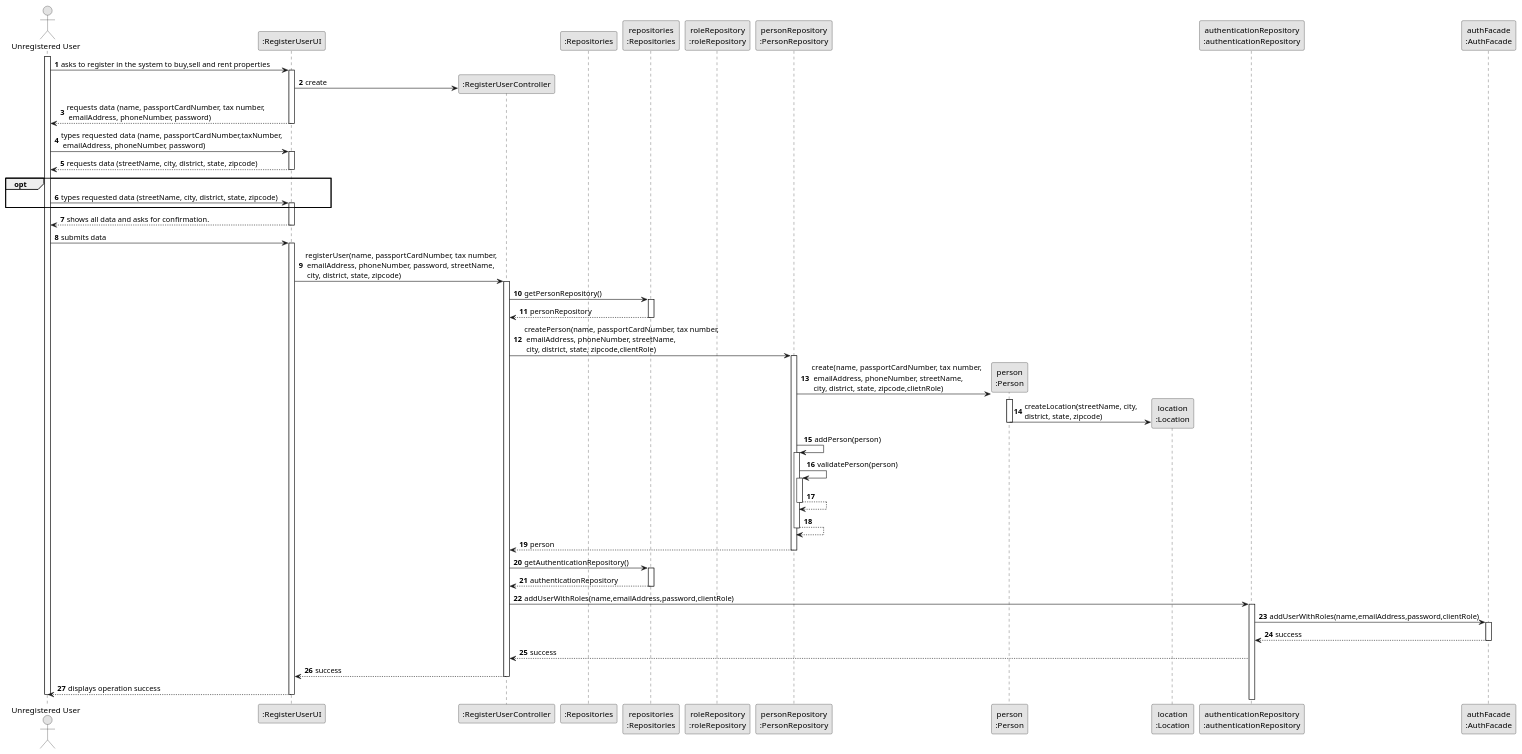
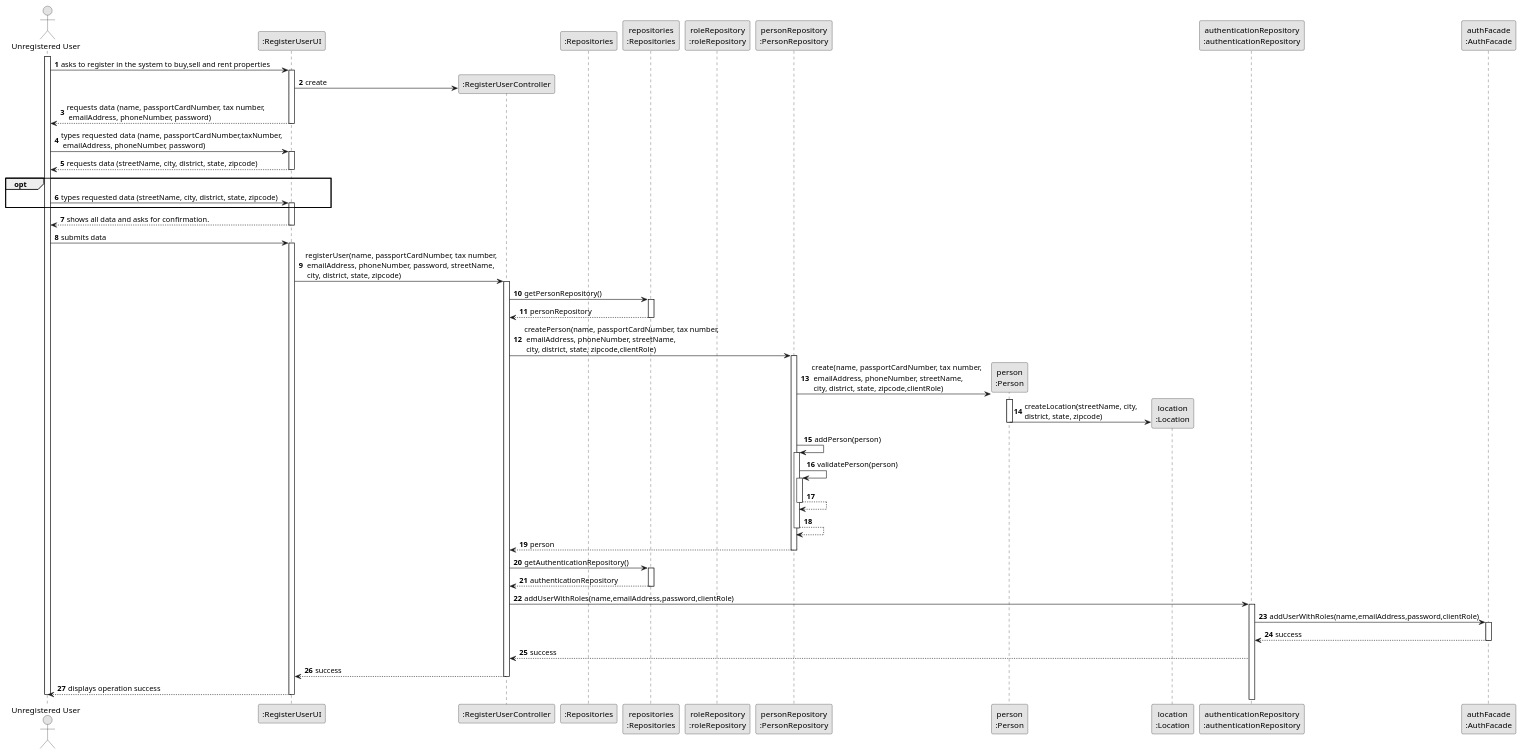
Before and after one commit to rita-barbosa/LAPR2-2223: the diagram in docs/sprintB/us007/03.design/puml/us007-sequence-diagram-split.puml, drawn with PlantUML. The commit also changed 1 other file, not shown here.

Commit message:
Class Diagram and SD update, no svg [US007] [Design]

```diff
--- a/docs/sprintB/us007/03.design/puml/us007-sequence-diagram-split.puml
+++ b/docs/sprintB/us007/03.design/puml/us007-sequence-diagram-split.puml
@@ -1,110 +1,110 @@
 @startuml
 skinparam monochrome true
 skinparam packageStyle rectangle
 skinparam shadowing false
 
 autonumber
 
 'hide footbox
 actor "Unregistered User" as ADM
 participant ":RegisterUserUI" as UI
 participant ":RegisterUserController" as CTRL
 participant ":Repositories" as RepositorySingleton
 participant "repositories\n:Repositories" as PLAT
 participant "roleRepository\n:roleRepository" as RoleRepository
 participant "personRepository\n:PersonRepository" as PERSONREP
 participant "person\n:Person" as PERSON
 participant "location\n:Location" as LOCATION
 participant "authenticationRepository\n:authenticationRepository" as AUTHREP
 participant "authFacade\n:AuthFacade"  as AUTHFACADE
 
 
 
 activate ADM
 
     ADM -> UI : asks to register in the system to buy,sell and rent properties
     activate UI
 
     UI -> CTRL**: create
 
     UI --> ADM : requests data (name, passportCardNumber, tax number,\n emailAddress, phoneNumber, password)
     deactivate UI
 
     ADM -> UI : types requested data (name, passportCardNumber,taxNumber,\n emailAddress, phoneNumber, password)
     activate UI
 
     UI --> ADM : requests data (streetName, city, district, state, zipcode)
     deactivate UI
 
     opt
     ADM -> UI : types requested data (streetName, city, district, state, zipcode)
     activate UI
     end opt
 
     UI --> ADM : shows all data and asks for confirmation.
     deactivate UI
 
     ADM -> UI : submits data
     activate UI
 
     UI -> CTRL : registerUser(name, passportCardNumber, tax number,\n emailAddress, phoneNumber, password, streetName,\n city, district, state, zipcode)
     activate CTRL
 
     CTRL -> PLAT : getPersonRepository()
     activate PLAT
 
     PLAT --> CTRL : personRepository
     deactivate PLAT
 
     CTRL -> PERSONREP : createPerson(name, passportCardNumber, tax number,\n emailAddress, phoneNumber, streetName,\n city, district, state, zipcode,clientRole)
    activate PERSONREP
 
-    PERSONREP -> PERSON** : create(name, passportCardNumber, tax number,\n emailAddress, phoneNumber, streetName,\n city, district, state, zipcode,clietnRole)
+    PERSONREP -> PERSON** : create(name, passportCardNumber, tax number,\n emailAddress, phoneNumber, streetName,\n city, district, state, zipcode,clientRole)
     activate PERSON
 
     PERSON -> LOCATION** : createLocation(streetName, city, \ndistrict, state, zipcode)
     deactivate PERSON
 
     PERSONREP -> PERSONREP: addPerson(person)
     activate PERSONREP
 
         PERSONREP -> PERSONREP: validatePerson(person)
         activate PERSONREP
 
         PERSONREP --> PERSONREP :
         deactivate PERSONREP
 
     PERSONREP --> PERSONREP :
     deactivate PERSONREP
 
     PERSONREP --> CTRL : person
     deactivate PERSONREP
 
     CTRL -> PLAT : getAuthenticationRepository()
     activate PLAT
 
     PLAT --> CTRL: authenticationRepository
     deactivate PLAT
 
     CTRL -> AUTHREP : addUserWithRoles(name,emailAddress,password,clientRole)
     activate AUTHREP
 
     AUTHREP -> AUTHFACADE: addUserWithRoles(name,emailAddress,password,clientRole)
     activate AUTHFACADE
 
     AUTHFACADE --> AUTHREP: success
     deactivate AUTHFACADE
 
     AUTHREP --> CTRL : success
 
     CTRL --> UI :success
     deactivate CTRL
 
     UI --> ADM : displays operation success
     deactivate UI
 
 
 
 deactivate ADM
 
 @enduml
```
